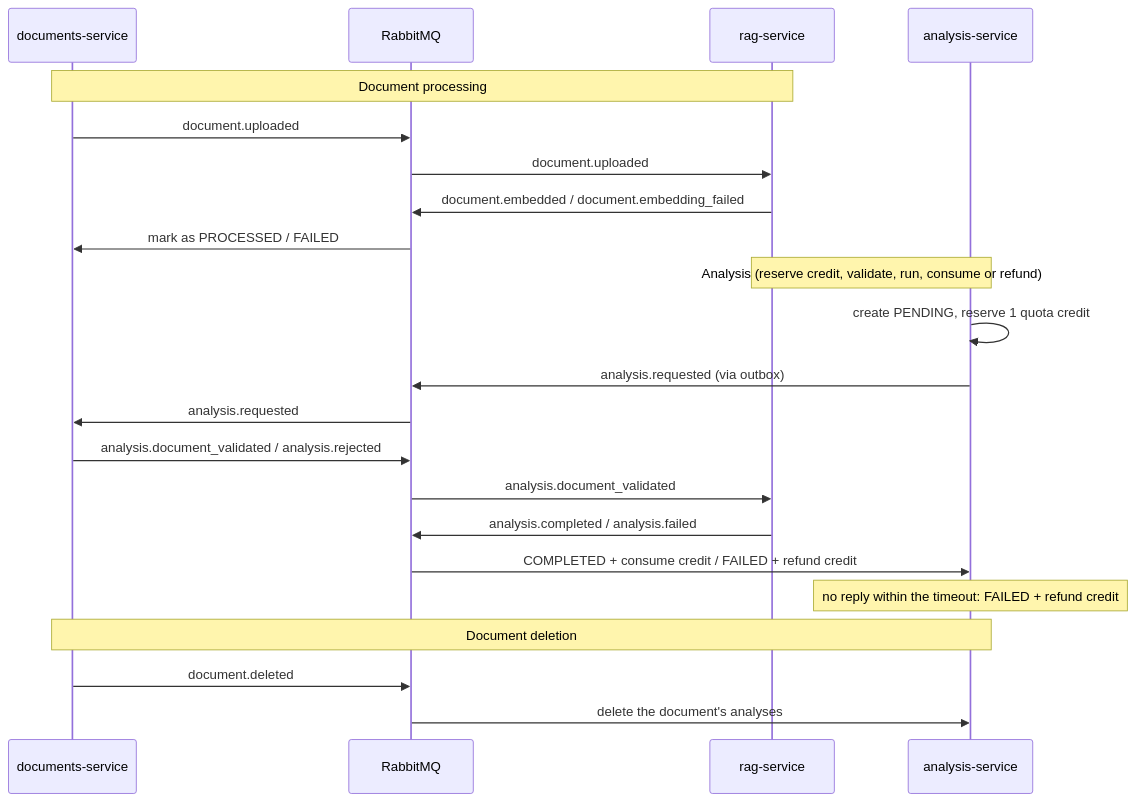
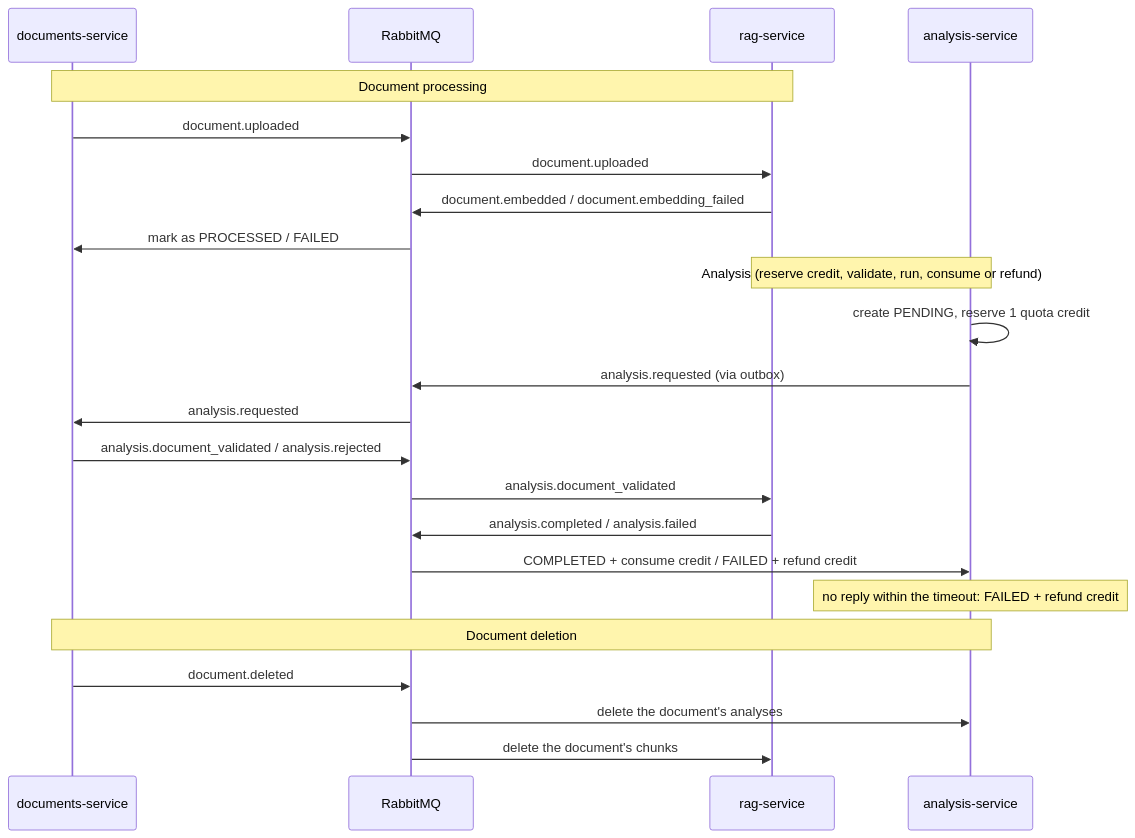
Before and after one commit to luchersou/Clarus: the second of 2 diagrams in README.md, drawn with Mermaid. The commit also changed 10 other files, not shown here.

Commit message:
fix(rag): delete a document's chunks on document.deleted so it stops feeding chat answers

````diff
--- a/README.md
+++ b/README.md
@@ -57,27 +57,28 @@
 ```mermaid
 sequenceDiagram
     participant DOC as documents-service
     participant MQ as RabbitMQ
     participant RAG as rag-service
     participant ANA as analysis-service
 
     Note over DOC,RAG: Document processing
     DOC->>MQ: document.uploaded
     MQ->>RAG: document.uploaded
     RAG->>MQ: document.embedded / document.embedding_failed
     MQ->>DOC: mark as PROCESSED / FAILED
 
     Note over ANA,RAG: Analysis (reserve credit, validate, run, consume or refund)
     ANA->>ANA: create PENDING, reserve 1 quota credit
     ANA->>MQ: analysis.requested (via outbox)
     MQ->>DOC: analysis.requested
     DOC->>MQ: analysis.document_validated / analysis.rejected
     MQ->>RAG: analysis.document_validated
     RAG->>MQ: analysis.completed / analysis.failed
     MQ->>ANA: COMPLETED + consume credit / FAILED + refund credit
     Note over ANA: no reply within the timeout: FAILED + refund credit
 
     Note over DOC,ANA: Document deletion
     DOC->>MQ: document.deleted
     MQ->>ANA: delete the document's analyses
+    MQ->>RAG: delete the document's chunks
 ```
````
